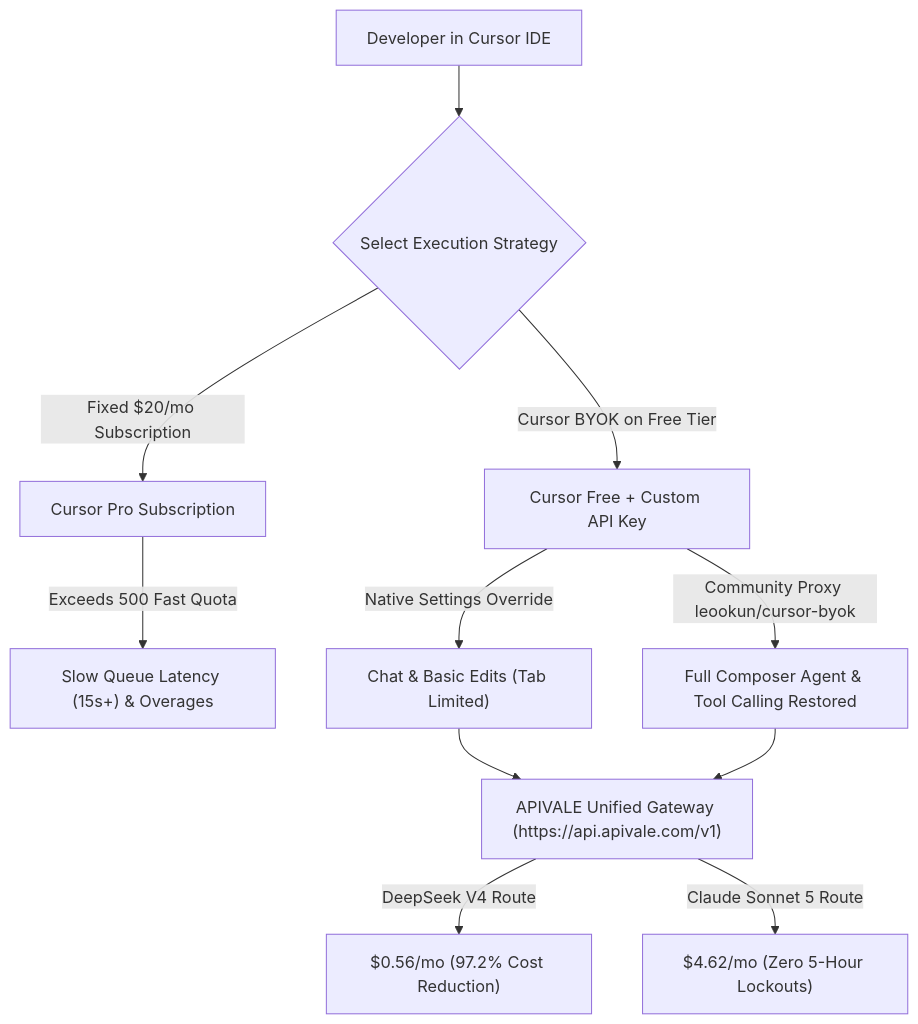
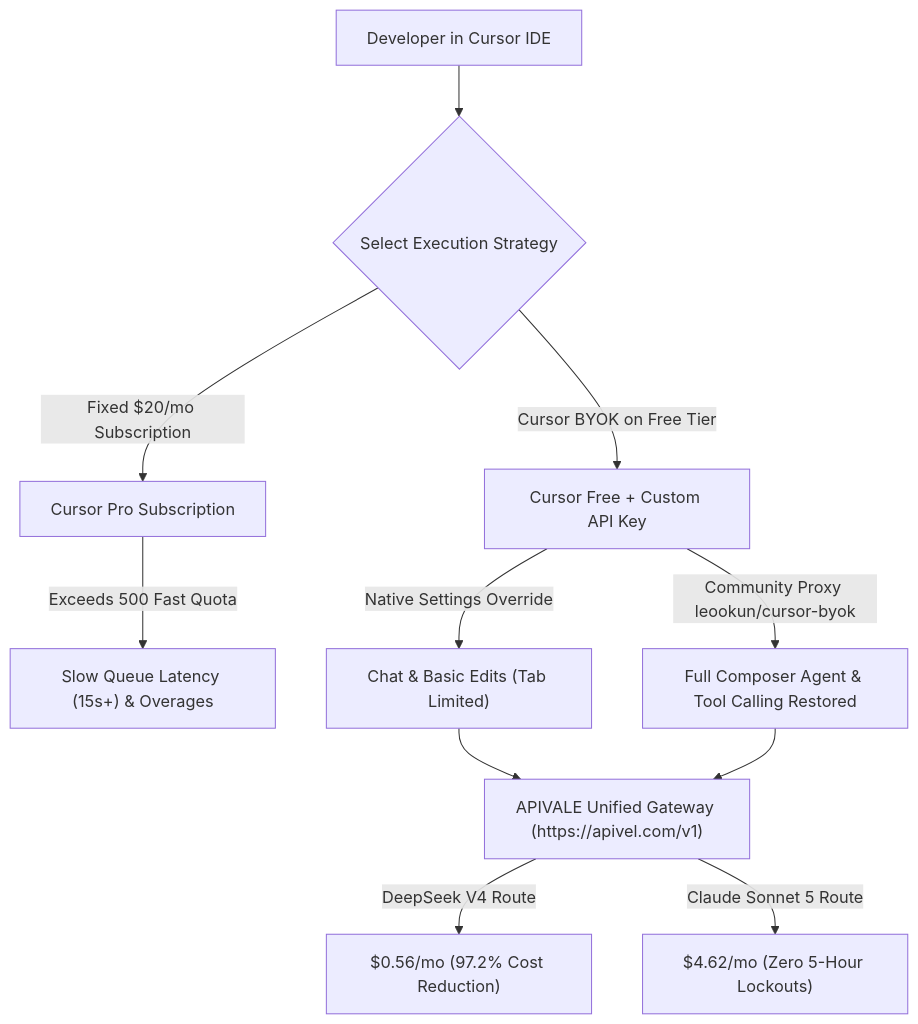
The diagram in src/content/blog/cursor-pro-vs-custom-api-key.md (bshx2024/apivel_blog), drawn with Mermaid before and after one commit. The commit also changed other lines of this file and 77 other files, not shown here.

Commit message:
fix(docs): update all model API base URLs to https://apivel.com/v1

````diff
--- a/src/content/blog/cursor-pro-vs-custom-api-key.md
+++ b/src/content/blog/cursor-pro-vs-custom-api-key.md
@@ -72,13 +72,13 @@
 ```mermaid
 graph TD
     A["Developer in Cursor IDE"] --> B{"Select Execution Strategy"}
     B -->|Fixed $20/mo Subscription| C["Cursor Pro Subscription"]
     C -->|Exceeds 500 Fast Quota| D["Slow Queue Latency (15s+) & Overages"]
     B -->|Cursor BYOK on Free Tier| E["Cursor Free + Custom API Key"]
     E -->|Native Settings Override| F["Chat & Basic Edits (Tab Limited)"]
     E -->|Community Proxy leookun/cursor-byok| G["Full Composer Agent & Tool Calling Restored"]
-    F --> H["APIVALE Unified Gateway (https://api.apivale.com/v1)"]
+    F --> H["APIVALE Unified Gateway (https://apivel.com/v1)"]
     G --> H
     H -->|DeepSeek V4 Route| I["$0.56/mo (97.2% Cost Reduction)"]
     H -->|Claude Sonnet 5 Route| J["$4.62/mo (Zero 5-Hour Lockouts)"]
 ```
````
